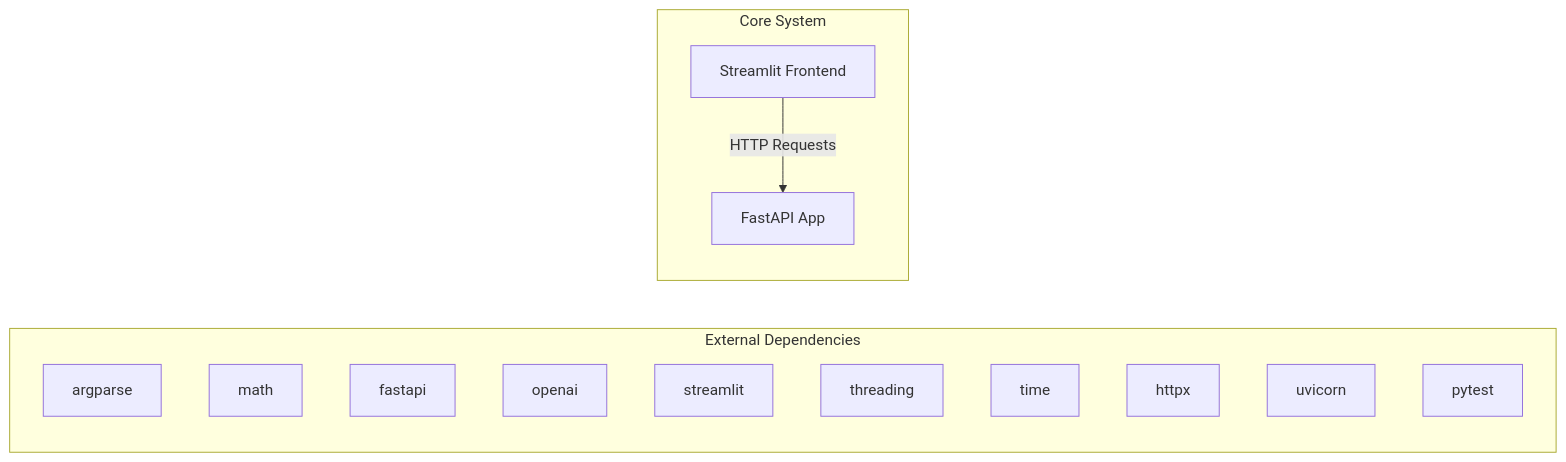
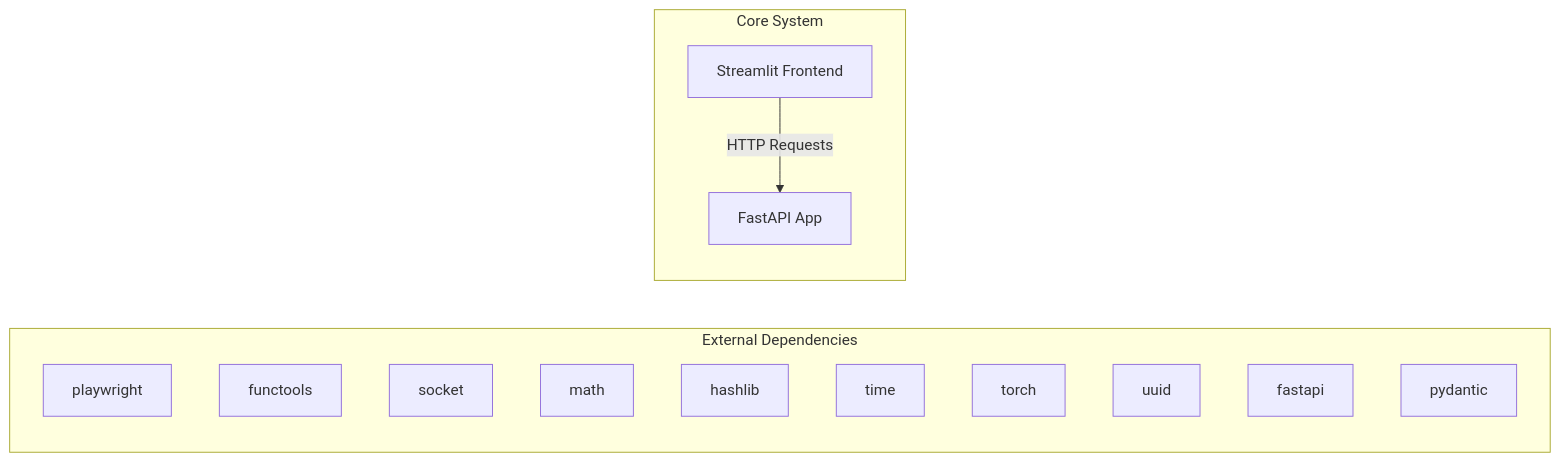
The first of 2 diagrams in docs/architecture.md (NITISH-R-G/rag-context-optimizer), drawn with Mermaid before and after one commit. The commit also changed 1 other file, not shown here.

Commit message:
docs: auto-update repository knowledge, architecture diagrams, and documentation

````diff
--- a/docs/architecture.md
+++ b/docs/architecture.md
@@ -7,20 +7,20 @@
 ```mermaid
 graph LR
     subgraph External Dependencies
-        E0["argparse"]
-        E1["math"]
-        E2["fastapi"]
-        E3["openai"]
-        E4["streamlit"]
-        E5["threading"]
-        E6["time"]
-        E7["httpx"]
-        E8["uvicorn"]
-        E9["pytest"]
+        E0["playwright"]
+        E1["functools"]
+        E2["socket"]
+        E3["math"]
+        E4["hashlib"]
+        E5["time"]
+        E6["torch"]
+        E7["uuid"]
+        E8["fastapi"]
+        E9["pydantic"]
     end
     subgraph Core System
         API["FastAPI App"]
         UI["Streamlit Frontend"]
     end
     UI -->|HTTP Requests| API
 ```
````
